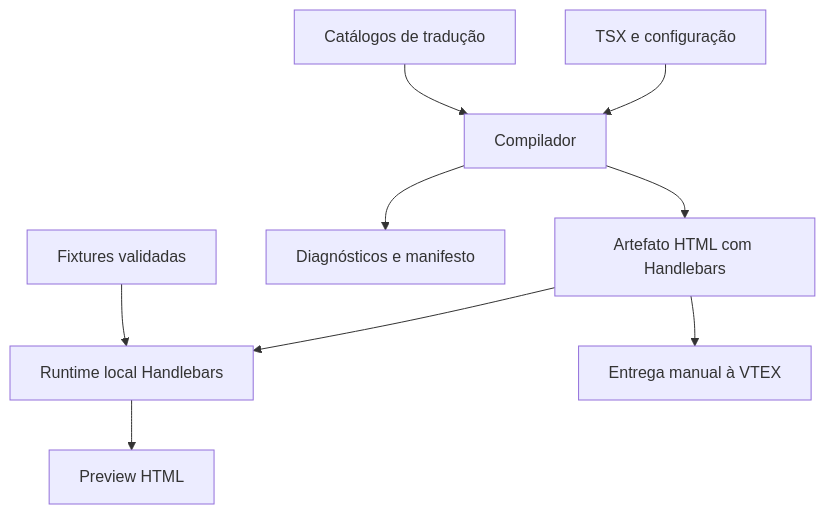
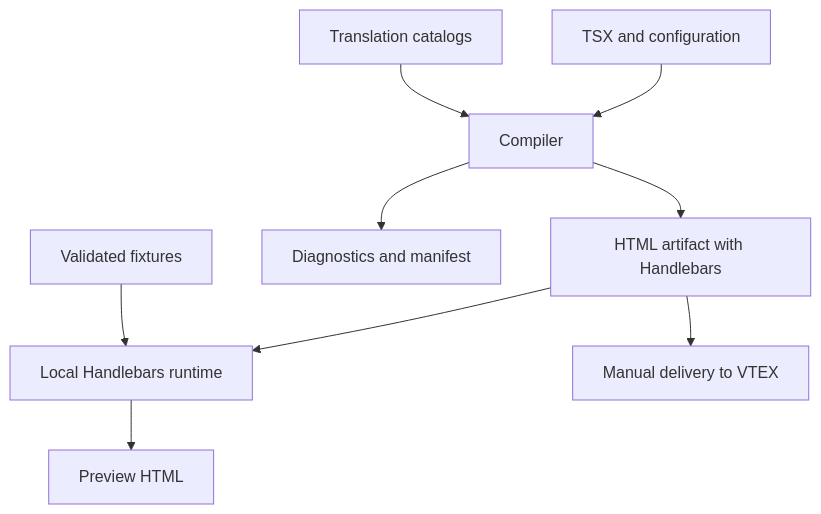
Before and after one commit to marcelotk15/vtex-react-email: the diagram in docs/RFC-001-vtex-react-email-toolchain.md, drawn with Mermaid. The commit also changed other lines of this file and 66 other files, not shown here.

````diff
--- a/docs/RFC-001-vtex-react-email-toolchain.md
+++ b/docs/RFC-001-vtex-react-email-toolchain.md
@@ -109,11 +109,11 @@
 ```mermaid
 flowchart TD
-  A[TSX e configuração] --> C[Compilador]
-  B[Catálogos de tradução] --> C
-  C --> H[Artefato HTML com Handlebars]
-  C --> D[Diagnósticos e manifesto]
-  H --> P[Runtime local Handlebars]
-  F[Fixtures validadas] --> P
+  A[TSX and configuration] --> C[Compiler]
+  B[Translation catalogs] --> C
+  C --> H[HTML artifact with Handlebars]
+  C --> D[Diagnostics and manifest]
+  H --> P[Local Handlebars runtime]
+  F[Validated fixtures] --> P
   P --> U[Preview HTML]
-  H --> V[Entrega manual à VTEX]
+  H --> V[Manual delivery to VTEX]
 ```
````
